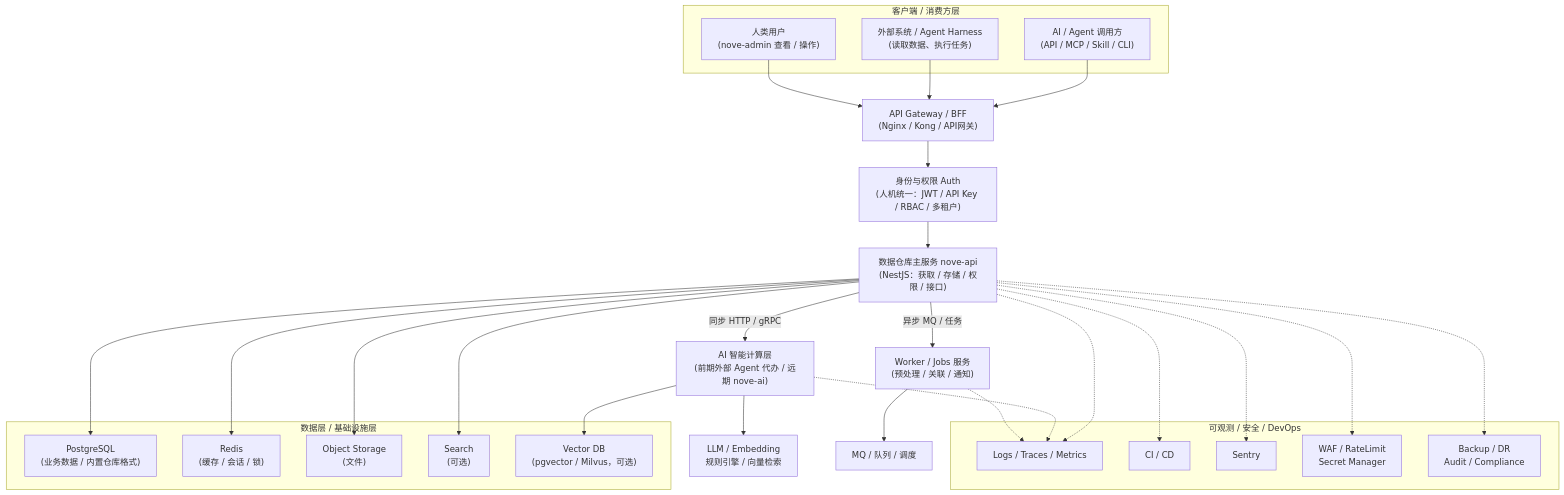
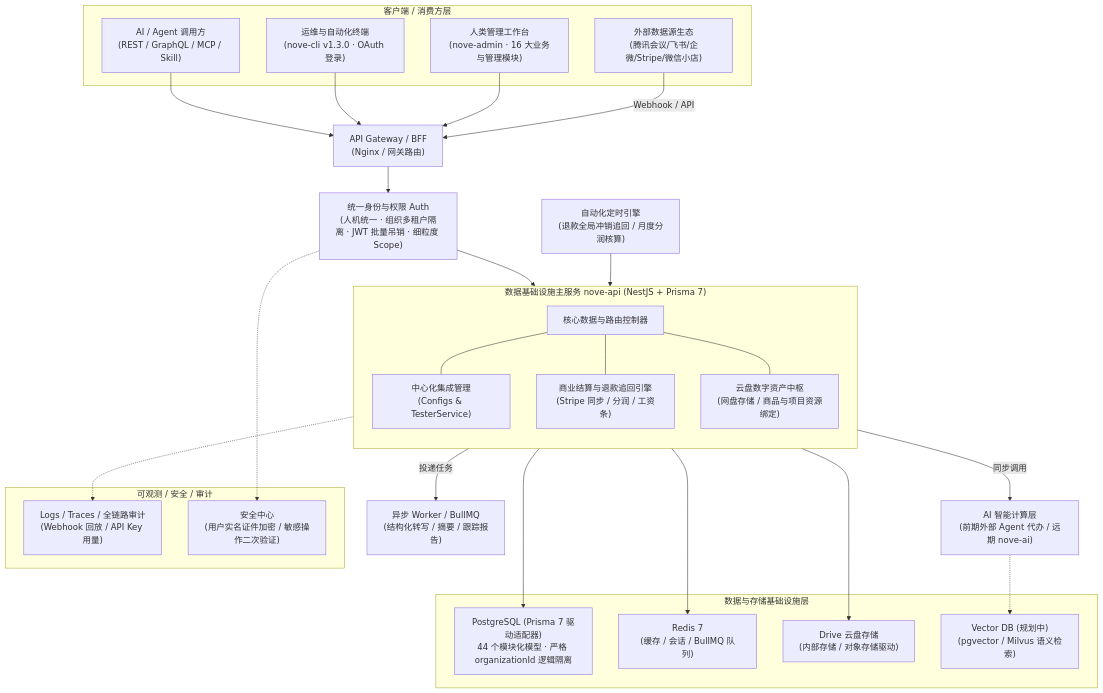
The first of 2 diagrams in architecture/system-overview.md (lulabs-org/nove-doc), drawn with Mermaid before and after one commit. The commit also changed other lines of this file and 8 other files, not shown here.

Commit message:
docs: update documentation across guides, architecture, and roadmap

````diff
--- a/architecture/system-overview.md
+++ b/architecture/system-overview.md
@@ -49,74 +55,69 @@
 ```mermaid
 flowchart TB
     %% ───────────── 客户端 / 消费方层 ─────────────
     subgraph Client["客户端 / 消费方层"]
-        C1["AI / Agent 调用方<br/>(API / MCP / Skill / CLI)"]
-        C2["外部系统 / Agent Harness<br/>(读取数据、执行任务)"]
-        C3["人类用户<br/>(nove-admin 查看 / 操作)"]
+        C1["AI / Agent 调用方<br/>(REST / GraphQL / MCP / Skill)"]
+        C2["运维与自动化终端<br/>(nove-cli v1.3.0 · OAuth 登录)"]
+        C3["人类管理工作台<br/>(nove-admin · 16 大业务与管理模块)"]
+        C4["外部数据源生态<br/>(腾讯会议/飞书/企微/Stripe/微信小店)"]
     end
 
-    %% ───────────── API Gateway ─────────────
-    GW["API Gateway / BFF<br/>(Nginx / Kong / API网关)"]
+    %% ───────────── 接入与网关 ─────────────
+    GW["API Gateway / BFF<br/>(Nginx / 网关路由)"]
 
     %% ───────────── 认证与权限 ─────────────
-    AUTH["身份与权限 Auth<br/>(人机统一：JWT / API Key / RBAC / 多租户)"]
+    AUTH["统一身份与权限 Auth<br/>(人机统一 · 组织多租户隔离 · JWT 批量吊销 · 细粒度 Scope)"]
 
-    %% ───────────── 数据仓库主服务 ─────────────
-    API["数据仓库主服务 nove-api<br/>(NestJS：获取 / 存储 / 权限 / 接口)"]
+    %% ───────────── 数据基础设施主服务 ─────────────
+    subgraph CORE["数据基础设施主服务 nove-api (NestJS + Prisma 7)"]
+        direction TB
+        API["核心数据与路由控制器"]
+        INT["中心化集成管理<br/>(Configs & TesterService)"]
+        COMMERCE["商业结算与退款追回引擎<br/>(Stripe 同步 / 分润 / 工资条)"]
+        DRIVE["云盘数字资产中枢<br/>(网盘存储 / 商品与项目资源绑定)"]
+    end
 
     %% ───────────── AI 与任务 ─────────────
     AI["AI 智能计算层<br/>(前期外部 Agent 代办 / 远期 nove-ai)"]
-    WORKER["Worker / Jobs 服务<br/>(预处理 / 关联 / 通知)"]
-
-    %% ───────────── AI 内部能力 ─────────────
-    LLM["LLM / Embedding<br/>规则引擎 / 向量检索"]
-    MQ["MQ / 队列 / 调度"]
+    WORKER["异步 Worker / BullMQ<br/>(结构化转写 / 摘要 / 跟踪报告)"]
+    CRON["自动化定时引擎<br/>(退款全局冲销追回 / 月度分润核算)"]
 
     %% ───────────── 数据层 ─────────────
-    subgraph Data["数据层 / 基础设施层"]
-        DB["PostgreSQL<br/>(业务数据 / 内置仓库格式)"]
-        REDIS["Redis<br/>(缓存 / 会话 / 锁)"]
-        OBJ["Object Storage<br/>(文件)"]
-        SEARCH["Search<br/>(可选)"]
-        VECTOR["Vector DB<br/>(pgvector / Milvus，可选)"]
+    subgraph Data["数据与存储基础设施层"]
+        DB["PostgreSQL (Prisma 7 驱动适配器)<br/>44 个模块化模型 · 严格 organizationId 逻辑隔离"]
+        REDIS["Redis 7<br/>(缓存 / 会话 / BullMQ 队列)"]
+        STORAGE["Drive 云盘存储<br/>(内部存储 / 对象存储驱动)"]
+        VECTOR["Vector DB (规划中)<br/>(pgvector / Milvus 语义检索)"]
     end
 
     %% ───────────── 可观测 & DevOps ─────────────
-    subgraph OPS["可观测 / 安全 / DevOps"]
-        OBS["Logs / Traces / Metrics"]
-        CICD["CI / CD"]
-        SENTRY["Sentry"]
-        SEC["WAF / RateLimit<br/>Secret Manager"]
-        BACKUP["Backup / DR<br/>Audit / Compliance"]
+    subgraph OPS["可观测 / 安全 / 审计"]
+        OBS["Logs / Traces / 全链路审计<br/>(Webhook 回放 / API Key 用量)"]
+        SEC["安全中心<br/>(用户实名证件加密 / 敏感操作二次验证)"]
     end
 
     %% ───────────── 连接关系 ─────────────
     C1 --> GW
     C2 --> GW
     C3 --> GW
+    C4 -->|Webhook / API| GW
 
     GW --> AUTH
     AUTH --> API
 
-    API -->|同步 HTTP / gRPC| AI
-    API -->|异步 MQ / 任务| WORKER
+    API --- INT
+    API --- COMMERCE
+    API --- DRIVE
 
-    AI --> LLM
-    WORKER --> MQ
+    API -->|同步调用| AI
+    API -->|投递任务| WORKER
+    CRON --> COMMERCE
 
     API --> DB
     API --> REDIS
-    API --> OBJ
-    API --> SEARCH
-    AI --> VECTOR
+    DRIVE --> STORAGE
+    AI -.-> VECTOR
 
-    %% 运维关联（虚线）
     API -.-> OBS
-    AI -.-> OBS
-    WORKER -.-> OBS
-
-    API -.-> CICD
-    API -.-> SENTRY
-    API -.-> SEC
-    API -.-> BACKUP
+    AUTH -.-> SEC
 ```
````
